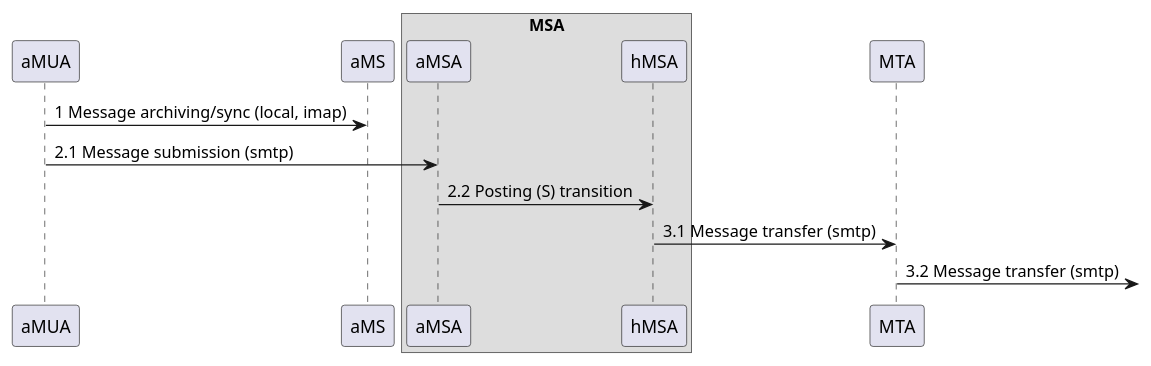
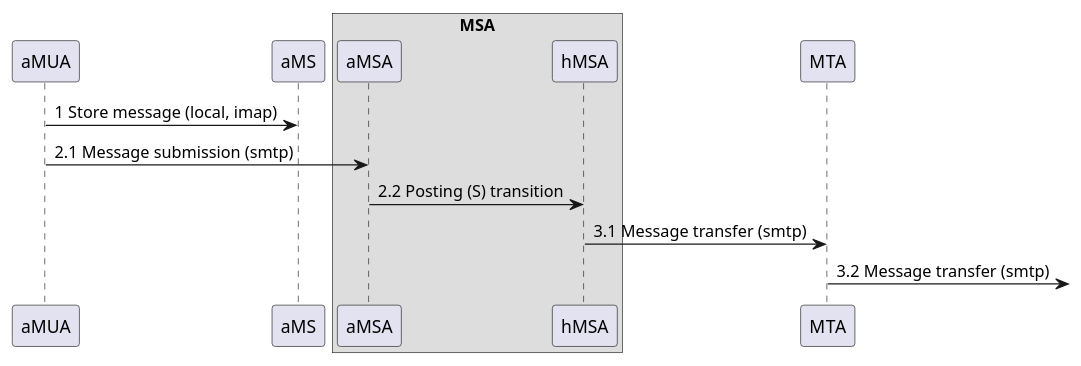
One commit to federizer/federizer changed the diagram in docs/resources/rfc5598_sd_I.puml. Above: the diagram before and after it, drawn with PlantUML. The commit also changed 4 other files, not shown here.

```diff
--- a/docs/resources/rfc5598_sd_I.puml
+++ b/docs/resources/rfc5598_sd_I.puml
@@ -1,36 +1,36 @@
 @startuml Internet Mail Architecture (rfc5598), message flow part I.
 
 /'
 Message
 Message User Agent (MUA)
     Author MUA (aMUA)
     Recipient MUA (rMUA)
 Message Submission Agent (MSA)
     Author-focused MSA functions (aMSA)
     MHS-focused MSA functions (hMSA)
 Message Transfer Agent (MTA)
 Message Delivery Agent (MDA)
     Recipient-focused MDA functions (rMDA)
     MHS-focused MDA functions (hMDA)
 Message Store (MS)
     Author MS (aMS)
     Recipient MS (rMS)
     User Agent MS (uMS)
 '/
 
 'ADMD I. (foo.com)
 participant "aMUA" as aMUA /'MUA, uMS optional'/
 participant "aMS" as aMS /'Author MS'/
 box "MSA"
 participant "aMSA" as aMSA /'Author-focused MSA'/
 participant "hMSA" as hMSA /'MHS-focused MSA'/
 end box
 participant "MTA" as MTA /'MTA'/
 
-aMUA -> aMS : 1 Message archiving/sync (local, imap)
+aMUA -> aMS : 1 Store message (local, imap)
 aMUA -> aMSA : 2.1 Message submission (smtp)
 aMSA -> hMSA : 2.2 Posting (S) transition
 hMSA -> MTA : 3.1 Message transfer (smtp)
 MTA ->] : 3.2 Message transfer (smtp)
 
 @enduml
```
